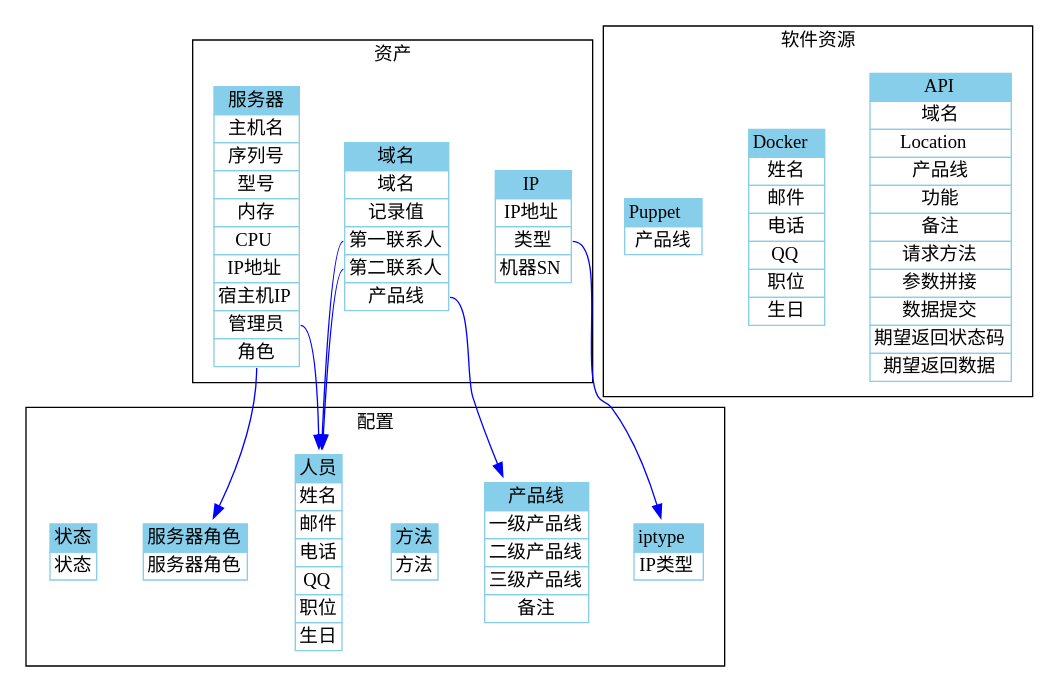
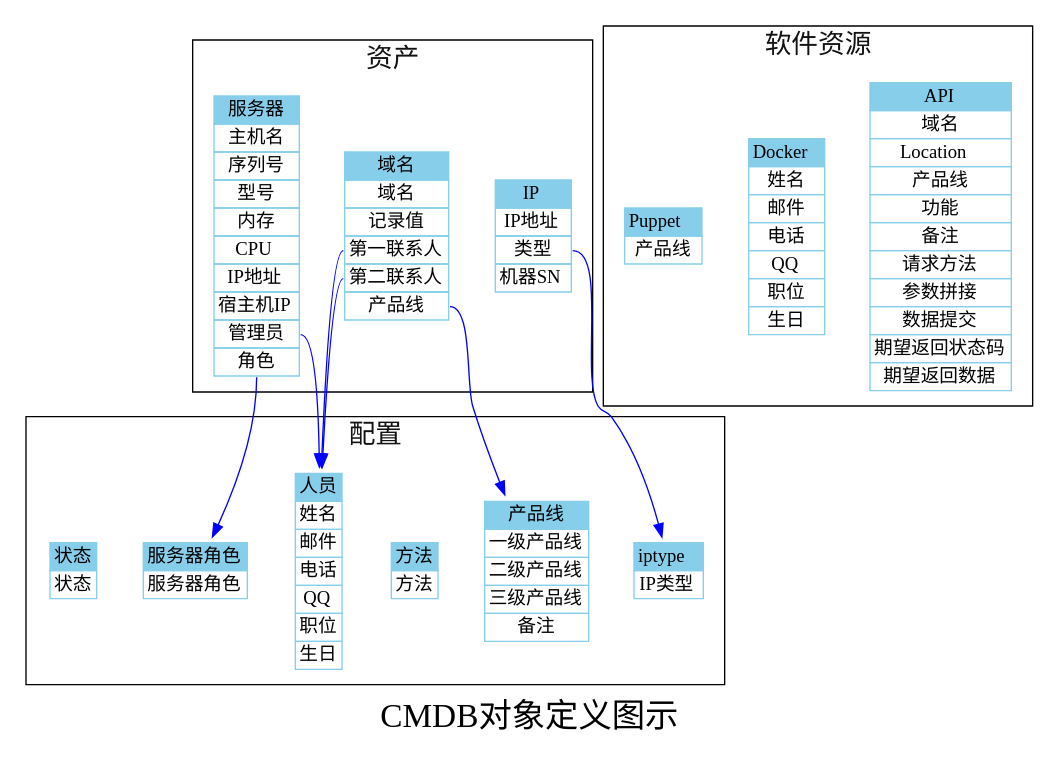
The diagram in cmdb/yourcmdb/gen-object-xml/cmdb.dot (annProg/learn), drawn with Graphviz before and after one commit. The commit also changed 3 other files, not shown here.

```diff
--- a/cmdb/yourcmdb/gen-object-xml/cmdb.dot
+++ b/cmdb/yourcmdb/gen-object-xml/cmdb.dot
@@ -1,30 +1,41 @@
 digraph cmdb {
+ label="CMDB对象定义图示"; 
+fontsize=25;
  rankdir=TB;
     subgraph cluster_配置 {
          label="配置";
+fontsize=20;
+fontcolor=gray7;
+
         "iptype" [color="skyblue", shape="plaintext", label=<<table border="0" cellborder="1" cellspacing="0" align="left"><tr><td bgcolor="skyblue">iptype</td></tr><tr><td port="ip-type">IP类型</td></tr></table>>];
         "产品线" [color="skyblue", shape="plaintext", label=<<table border="0" cellborder="1" cellspacing="0" align="left"><tr><td bgcolor="skyblue">产品线</td></tr><tr><td port="conf-productline-l1">一级产品线</td></tr><tr><td port="conf-productline-l2">二级产品线</td></tr><tr><td port="conf-productline-l3">三级产品线</td></tr><tr><td port="conf-productline-extra">备注</td></tr></table>>];
         "方法" [color="skyblue", shape="plaintext", label=<<table border="0" cellborder="1" cellspacing="0" align="left"><tr><td bgcolor="skyblue">方法</td></tr><tr><td port="http-requestmethod">方法</td></tr></table>>];
         "服务器角色" [color="skyblue", shape="plaintext", label=<<table border="0" cellborder="1" cellspacing="0" align="left"><tr><td bgcolor="skyblue">服务器角色</td></tr><tr><td port="server-role">服务器角色</td></tr></table>>];
         "人员" [color="skyblue", shape="plaintext", label=<<table border="0" cellborder="1" cellspacing="0" align="left"><tr><td bgcolor="skyblue">人员</td></tr><tr><td port="conf-staff-name">姓名</td></tr><tr><td port="conf-staff-email">邮件</td></tr><tr><td port="conf-staff-phone">电话</td></tr><tr><td port="conf-staff-qq">QQ</td></tr><tr><td port="conf-staff-title">职位</td></tr><tr><td port="conf-staff-birth">生日</td></tr></table>>];
         "状态" [color="skyblue", shape="plaintext", label=<<table border="0" cellborder="1" cellspacing="0" align="left"><tr><td bgcolor="skyblue">状态</td></tr><tr><td port="conf-status">状态</td></tr></table>>];
 }
     subgraph cluster_软件资源 {
          label="软件资源";
+fontsize=20;
+fontcolor=gray7;
+
         "API" [color="skyblue", shape="plaintext", label=<<table border="0" cellborder="1" cellspacing="0" align="left"><tr><td bgcolor="skyblue">API</td></tr><tr><td port="api-base">域名</td></tr><tr><td port="api-location">Location</td></tr><tr><td port="api-productline">产品线</td></tr><tr><td port="api-function">功能</td></tr><tr><td port="api-comment">备注</td></tr><tr><td port="api-method">请求方法</td></tr><tr><td port="api-params">参数拼接</td></tr><tr><td port="api-data">数据提交</td></tr><tr><td port="api-response">期望返回状态码</td></tr><tr><td port="api-expect">期望返回数据</td></tr></table>>];
         "Docker" [color="skyblue", shape="plaintext", label=<<table border="0" cellborder="1" cellspacing="0" align="left"><tr><td bgcolor="skyblue">Docker</td></tr><tr><td port="conf-staff-name">姓名</td></tr><tr><td port="conf-staff-email">邮件</td></tr><tr><td port="conf-staff-phone">电话</td></tr><tr><td port="conf-staff-qq">QQ</td></tr><tr><td port="conf-staff-title">职位</td></tr><tr><td port="conf-staff-birth">生日</td></tr></table>>];
         "Puppet" [color="skyblue", shape="plaintext", label=<<table border="0" cellborder="1" cellspacing="0" align="left"><tr><td bgcolor="skyblue">Puppet</td></tr><tr><td port="conf-productline">产品线</td></tr></table>>];
 }
     subgraph cluster_资产 {
          label="资产";
+fontsize=20;
+fontcolor=gray7;
+
         "IP":iptype -> "iptype" [color="blue",side="l"];
         "IP" [color="skyblue", shape="plaintext", label=<<table border="0" cellborder="1" cellspacing="0" align="left"><tr><td bgcolor="skyblue">IP</td></tr><tr><td port="ip">IP地址</td></tr><tr><td port="iptype">类型</td></tr><tr><td port="sn">机器SN</td></tr></table>>];
         "服务器":administrator -> "人员" [color="blue",side="l"];
         "服务器":role -> "服务器角色" [color="blue",side="l"];
         "服务器" [color="skyblue", shape="plaintext", label=<<table border="0" cellborder="1" cellspacing="0" align="left"><tr><td bgcolor="skyblue">服务器</td></tr><tr><td port="hostname">主机名</td></tr><tr><td port="sn">序列号</td></tr><tr><td port="vendor">型号</td></tr><tr><td port="mem">内存</td></tr><tr><td port="cpu">CPU</td></tr><tr><td port="ip">IP地址</td></tr><tr><td port="hypervisor-ip">宿主机IP</td></tr><tr><td port="administrator">管理员</td></tr><tr><td port="role">角色</td></tr></table>>];
         "域名":contact1 -> "人员" [color="blue",side="l"];
         "域名":contact2 -> "人员" [color="blue",side="l"];
         "域名":product -> "产品线" [color="blue",side="l"];
         "域名" [color="skyblue", shape="plaintext", label=<<table border="0" cellborder="1" cellspacing="0" align="left"><tr><td bgcolor="skyblue">域名</td></tr><tr><td port="domain">域名</td></tr><tr><td port="record">记录值</td></tr><tr><td port="contact1">第一联系人</td></tr><tr><td port="contact2">第二联系人</td></tr><tr><td port="product">产品线</td></tr></table>>];
 }
 }
```
